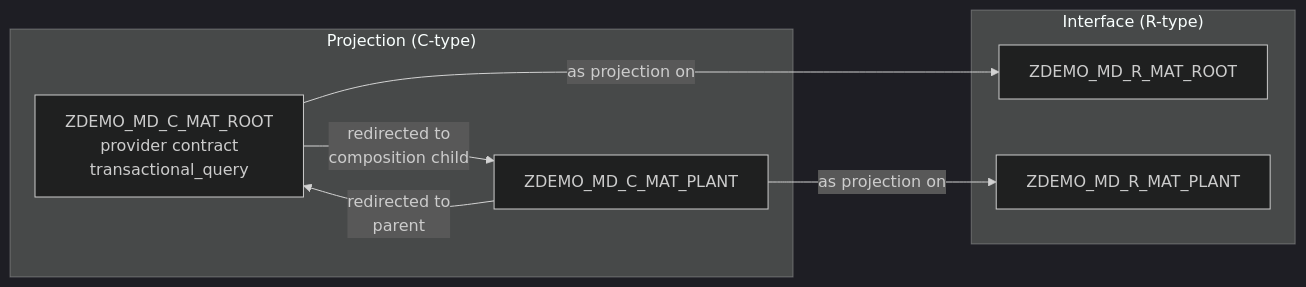
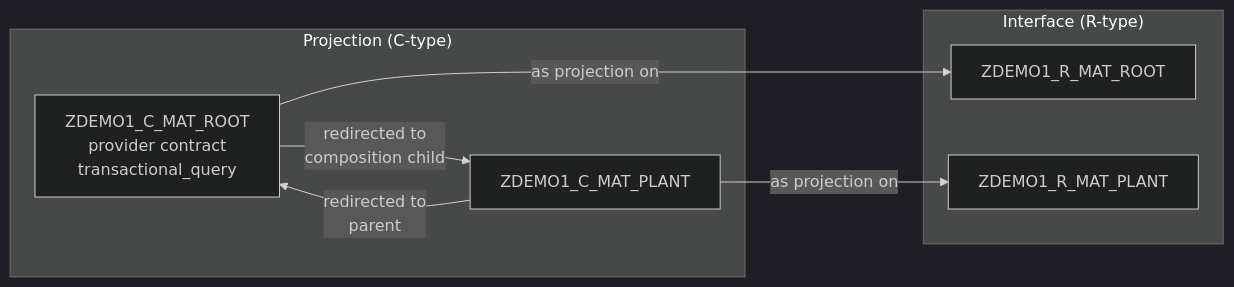
One commit to fr0ster/cloud-llm-hub changed the eighth of 10 diagrams in docs/tutorials/rap-bo-creation.md. Above: the diagram before and after it, drawn with Mermaid (dark theme). The commit also changed other lines of this file, not shown here.

````diff
--- a/docs/tutorials/rap-bo-creation.md
+++ b/docs/tutorials/rap-bo-creation.md
@@ -356,17 +386,17 @@
 ```mermaid
 graph LR
     subgraph "Projection (C-type)"
-        C_ROOT[ZDEMO_MD_C_MAT_ROOT<br/>provider contract<br/>transactional_query]
-        C_PLANT[ZDEMO_MD_C_MAT_PLANT]
+        C_ROOT[ZDEMO1_C_MAT_ROOT<br/>provider contract<br/>transactional_query]
+        C_PLANT[ZDEMO1_C_MAT_PLANT]
     end
 
     subgraph "Interface (R-type)"
-        R_ROOT[ZDEMO_MD_R_MAT_ROOT]
-        R_PLANT[ZDEMO_MD_R_MAT_PLANT]
+        R_ROOT[ZDEMO1_R_MAT_ROOT]
+        R_PLANT[ZDEMO1_R_MAT_PLANT]
     end
 
     C_ROOT -->|"as projection on"| R_ROOT
     C_PLANT -->|"as projection on"| R_PLANT
     C_ROOT -->|"redirected to<br/>composition child"| C_PLANT
     C_PLANT -->|"redirected to<br/>parent"| C_ROOT
 ```
````
